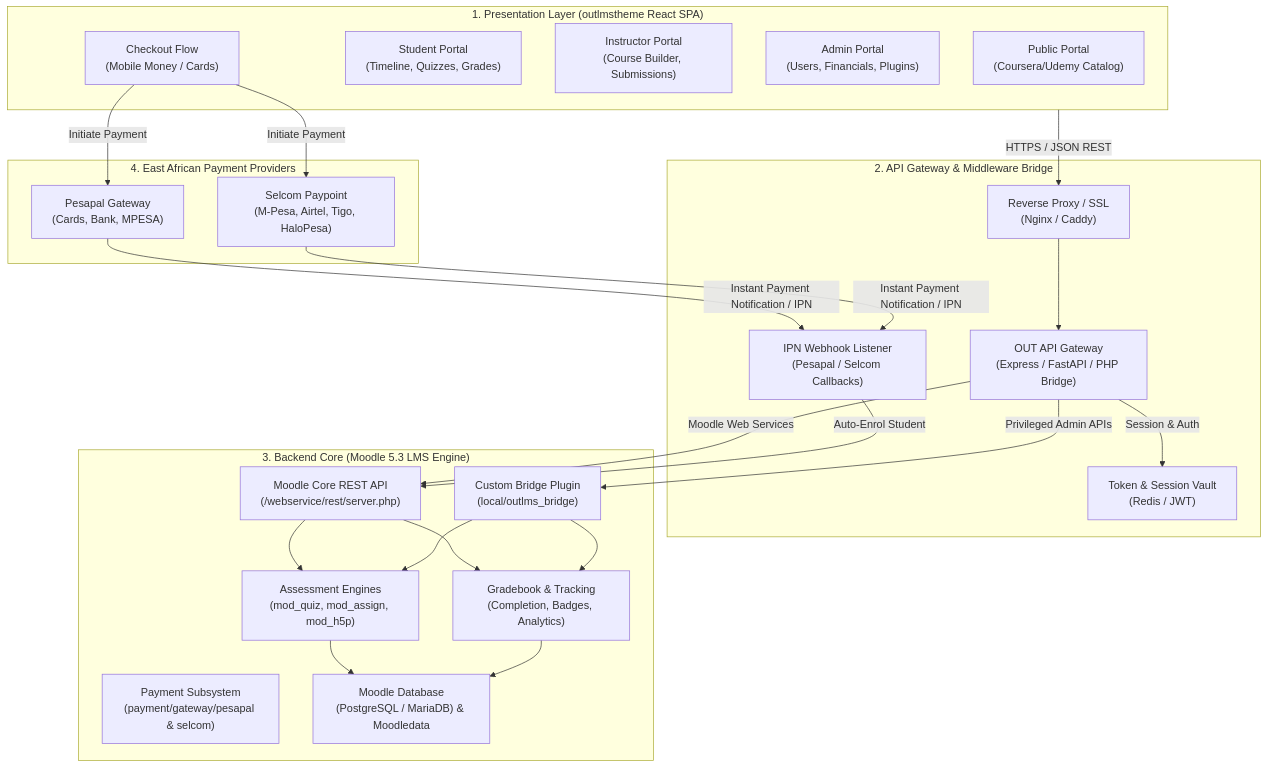
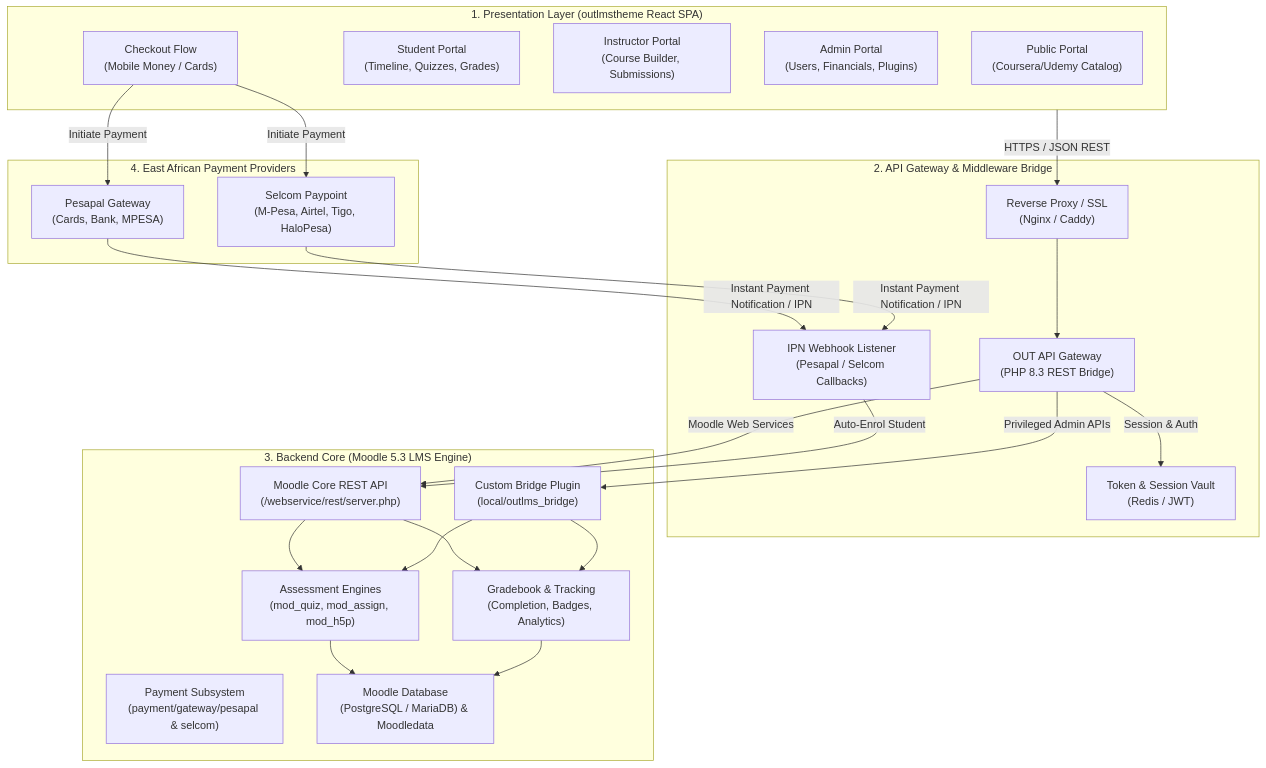
One commit to Rb-tech-byte/lms changed the first of 5 diagrams in moodle_headless_architecture.md. Above: the diagram before and after it, drawn with Mermaid. The commit also changed other lines of this file and 9 other files, not shown here.

Commit message:
feat(gateway-bridge): replace Express with native PHP 8.3 REST router and controllers

````diff
--- a/moodle_headless_architecture.md
+++ b/moodle_headless_architecture.md
@@ -11,44 +11,44 @@
 ```mermaid
 flowchart TB
     subgraph ClientLayer ["1. Presentation Layer (outlmstheme React SPA)"]
         A1["Public Portal<br/>(Coursera/Udemy Catalog)"]
         A2["Student Portal<br/>(Timeline, Quizzes, Grades)"]
         A3["Instructor Portal<br/>(Course Builder, Submissions)"]
         A4["Admin Portal<br/>(Users, Financials, Plugins)"]
         A5["Checkout Flow<br/>(Mobile Money / Cards)"]
     end
 
     subgraph GatewayLayer ["2. API Gateway & Middleware Bridge"]
         B1["Reverse Proxy / SSL<br/>(Nginx / Caddy)"]
-        B2["OUT API Gateway<br/>(Express / FastAPI / PHP Bridge)"]
+        B2["OUT API Gateway<br/>(PHP 8.3 REST Bridge)"]
         B3["Token & Session Vault<br/>(Redis / JWT)"]
         B4["IPN Webhook Listener<br/>(Pesapal / Selcom Callbacks)"]
     end
 
     subgraph MoodleLayer ["3. Backend Core (Moodle 5.3 LMS Engine)"]
         C1["Moodle Core REST API<br/>(/webservice/rest/server.php)"]
         C2["Custom Bridge Plugin<br/>(local/outlms_bridge)"]
         C3["Payment Subsystem<br/>(payment/gateway/pesapal & selcom)"]
         C4["Assessment Engines<br/>(mod_quiz, mod_assign, mod_h5p)"]
         C5["Gradebook & Tracking<br/>(Completion, Badges, Analytics)"]
         C6["Moodle Database<br/>(PostgreSQL / MariaDB) & Moodledata"]
     end
 
     subgraph PaymentGateways ["4. East African Payment Providers"]
         D1["Pesapal Gateway<br/>(Cards, Bank, MPESA)"]
         D2["Selcom Paypoint<br/>(M-Pesa, Airtel, Tigo, HaloPesa)"]
     end
 
     %% Flow Connections
     ClientLayer -->|HTTPS / JSON REST| B1
     B1 --> B2
     B2 -->|Session & Auth| B3
     B2 -->|Moodle Web Services| C1
     B2 -->|Privileged Admin APIs| C2
     A5 -->|Initiate Payment| D1 & D2
     D1 & D2 -->|Instant Payment Notification / IPN| B4
     B4 -->|Auto-Enrol Student| C1
     C1 --> C4 & C5
     C2 --> C4 & C5
     C4 & C5 --> C6
 ```
````
